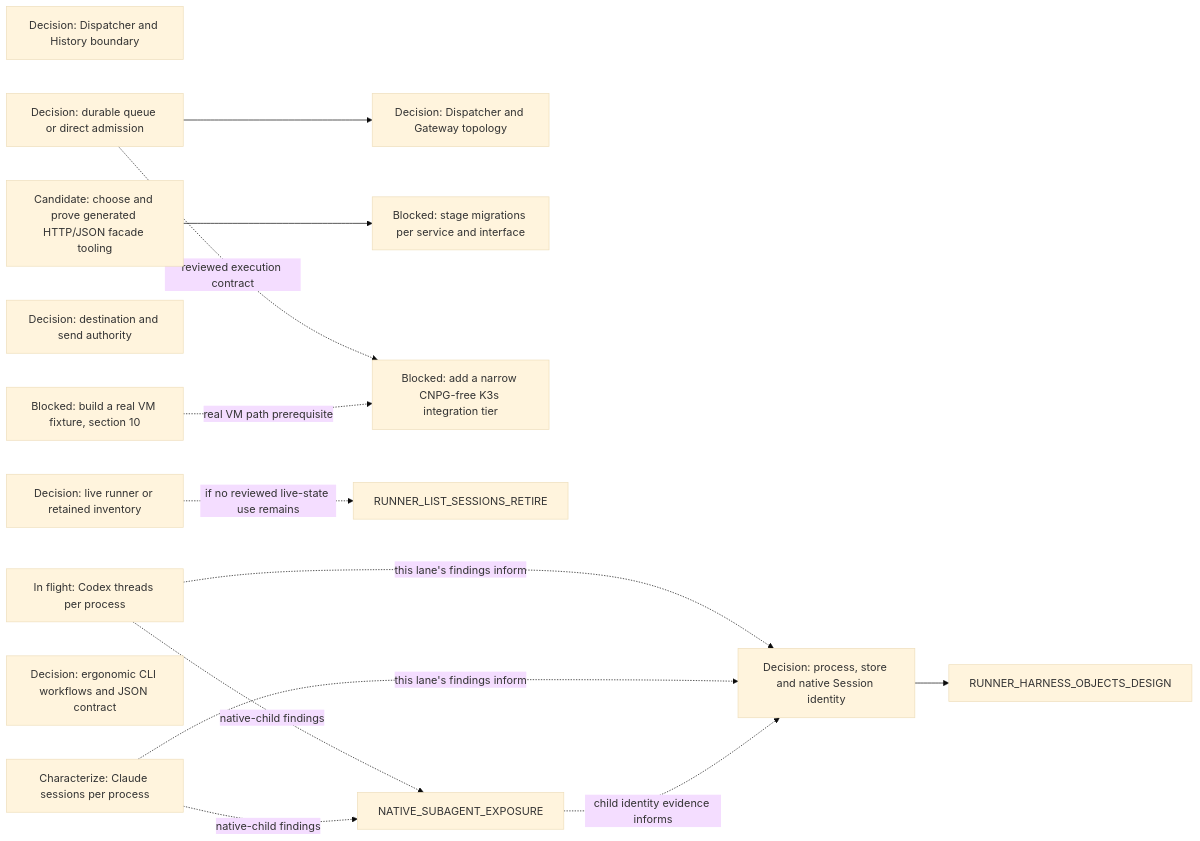
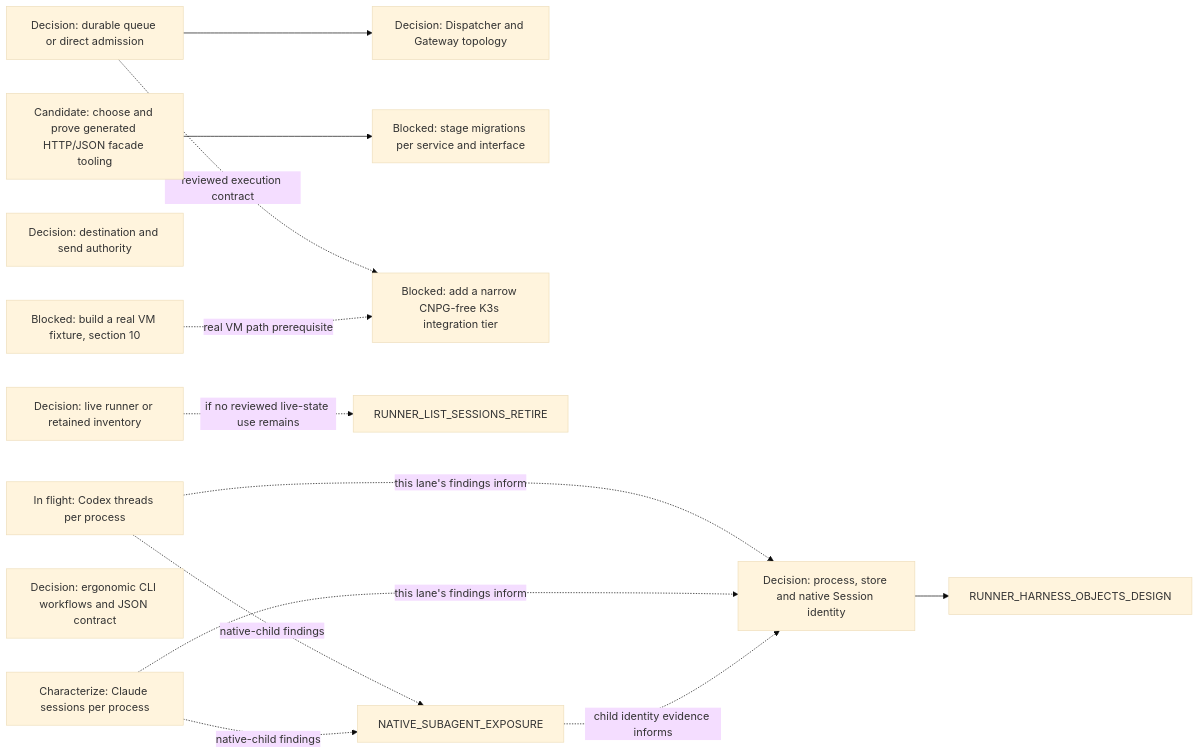
One commit to agentydragon/ducktape changed diagram 17 of 17 in agentplane/plans/task_dag.md. Above: the diagram before and after it, drawn with Mermaid (base theme). The commit also changed other lines of this file and 1 other file, not shown here.

Commit message:
Clarify Dispatcher and History boundary

````diff
--- a/agentplane/plans/task_dag.md
+++ b/agentplane/plans/task_dag.md
@@ -1498,27 +1498,26 @@
 ```mermaid
 flowchart LR
-    DISPATCHER_HISTORY_BOUNDARY_DESIGN[Decision: Dispatcher and History boundary]
     DISPATCHER_PERSISTENCE_MODEL_DESIGN[Decision: durable queue or direct admission]
     DISPATCHER_GATEWAY_TOPOLOGY_DESIGN[Decision: Dispatcher and Gateway topology]
     RUNNER_INVENTORY_AUTHORITY_DESIGN[Decision: live runner or retained inventory]
     DELIVERY_DESTINATION_AUTHORITY_DESIGN[Decision: destination and send authority]
     CODEX_APP_SERVER_MULTIPLEXING[In flight: Codex threads per process]
     CLAUDE_STREAM_SESSION_MULTIPLEXING[Characterize: Claude sessions per process]
     HARNESS_IDENTITY_DESIGN[Decision: process, store and native Session identity]
     HTTP_JSON_FACADE_TOOLING_SPIKE[Candidate: choose and prove generated HTTP/JSON facade tooling]
     SERVICE_API_TRANSPORT_MIGRATIONS[Blocked: stage migrations per service and interface]
     AGENT_API_TOOLING_DESIGN[Decision: ergonomic CLI workflows and JSON contract]
     CNPG_FREE_K3S_INTEGRATION_TIER[Blocked: add a narrow CNPG-free K3s integration tier]
     K3S_VM_IMAGE[Blocked: build a real VM fixture, section 10]
     DISPATCHER_PERSISTENCE_MODEL_DESIGN --> DISPATCHER_GATEWAY_TOPOLOGY_DESIGN
     RUNNER_INVENTORY_AUTHORITY_DESIGN -. if no reviewed live-state use remains .-> RUNNER_LIST_SESSIONS_RETIRE
     CODEX_APP_SERVER_MULTIPLEXING -. this lane's findings inform .-> HARNESS_IDENTITY_DESIGN
     CLAUDE_STREAM_SESSION_MULTIPLEXING -. this lane's findings inform .-> HARNESS_IDENTITY_DESIGN
     CODEX_APP_SERVER_MULTIPLEXING -. native-child findings .-> NATIVE_SUBAGENT_EXPOSURE
     CLAUDE_STREAM_SESSION_MULTIPLEXING -. native-child findings .-> NATIVE_SUBAGENT_EXPOSURE
     NATIVE_SUBAGENT_EXPOSURE -. child identity evidence informs .-> HARNESS_IDENTITY_DESIGN
     HARNESS_IDENTITY_DESIGN --> RUNNER_HARNESS_OBJECTS_DESIGN
     HTTP_JSON_FACADE_TOOLING_SPIKE --> SERVICE_API_TRANSPORT_MIGRATIONS
     DISPATCHER_PERSISTENCE_MODEL_DESIGN -. reviewed execution contract .-> CNPG_FREE_K3S_INTEGRATION_TIER
     K3S_VM_IMAGE -. real VM path prerequisite .-> CNPG_FREE_K3S_INTEGRATION_TIER
 ```
````
